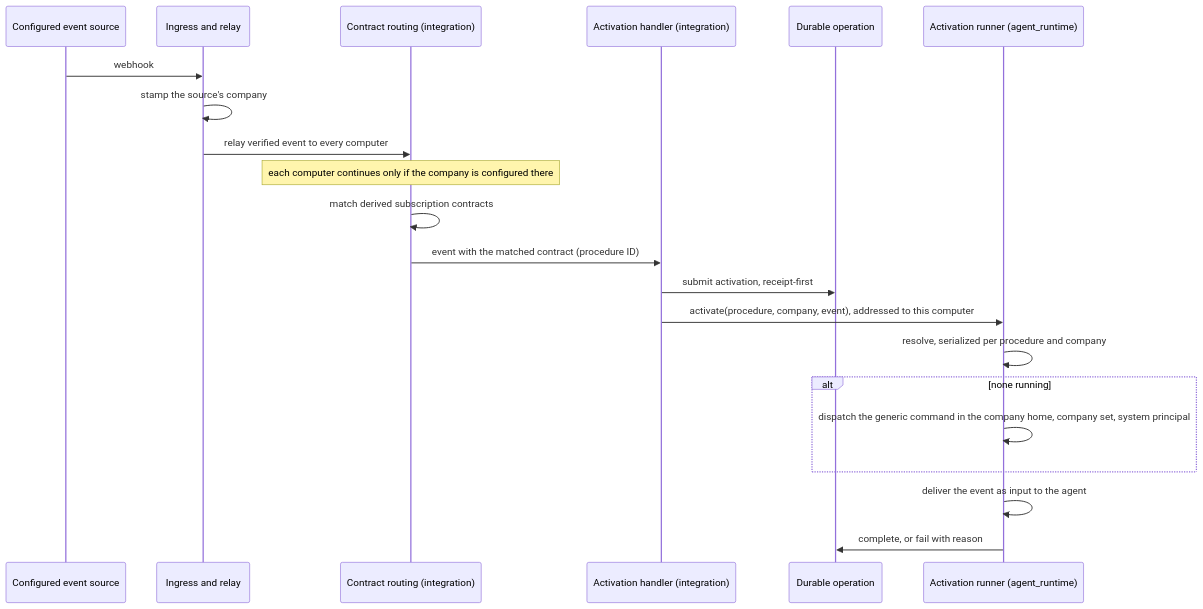
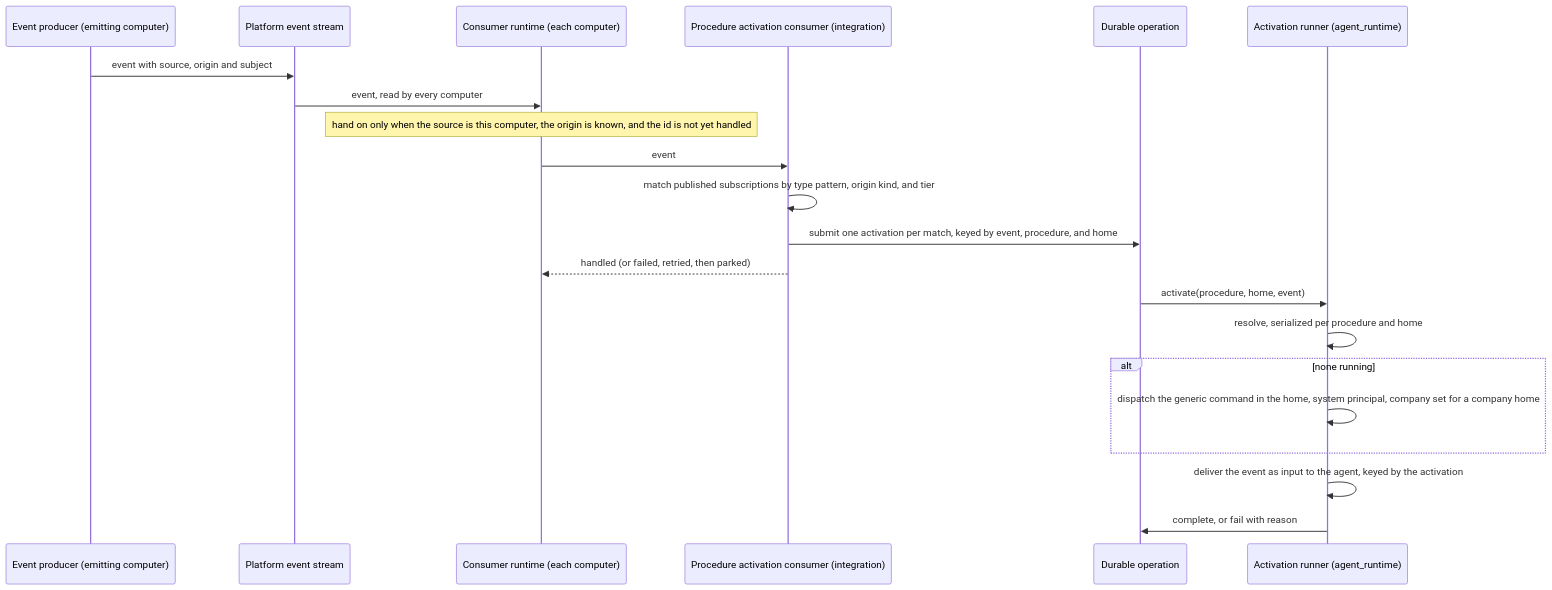
One commit to InstruktAI/TeleClaude changed the diagram in docs/local/design/architecture/procedure-activation.md. Above: the diagram before and after it, drawn with Mermaid. The commit also changed other lines of this file and 13 other files, not shown here.

First line of the commit message:
chore(docs): reconcile lifecycle markers for procedure-activation-gated-on-company

````diff
--- a/docs/local/design/architecture/procedure-activation.md
+++ b/docs/local/design/architecture/procedure-activation.md
@@ -122,24 +170,24 @@
 ```mermaid
 sequenceDiagram
-    participant Src as Configured event source
-    participant Ing as Ingress and relay
-    participant Rt as Contract routing (integration)
-    participant Act as Activation handler (integration)
+    participant Prod as Event producer (emitting computer)
+    participant Str as Platform event stream
+    participant Rt as Consumer runtime (each computer)
+    participant Act as Procedure activation consumer (integration)
     participant Op as Durable operation
     participant AR as Activation runner (agent_runtime)
 
-    Src->>Ing: webhook
-    Ing->>Ing: stamp the source's company
-    Ing->>Rt: relay verified event to every computer
-    Note over Rt: each computer continues only if the company is configured there
-    Rt->>Rt: match derived subscription contracts
-    Rt->>Act: event with the matched contract (procedure ID)
-    Act->>Op: submit activation, receipt-first
-    Act->>AR: activate(procedure, company, event), addressed to this computer
-    AR->>AR: resolve, serialized per procedure and company
+    Prod->>Str: event with source, origin and subject
+    Str->>Rt: event, read by every computer
+    Note over Rt: hand on only when the source is this computer, the origin is known, and the id is not yet handled
+    Rt->>Act: event
+    Act->>Act: match published subscriptions by type pattern, origin kind, and tier
+    Act->>Op: submit one activation per match, keyed by event, procedure, and home
+    Act-->>Rt: handled (or failed, retried, then parked)
+    Op->>AR: activate(procedure, home, event)
+    AR->>AR: resolve, serialized per procedure and home
     alt none running
-        AR->>AR: dispatch the generic command in the company home, company set, system principal
+        AR->>AR: dispatch the generic command in the home, system principal, company set for a company home
     end
-    AR->>AR: deliver the event as input to the agent
+    AR->>AR: deliver the event as input to the agent, keyed by the activation
     AR->>Op: complete, or fail with reason
 ```
````
